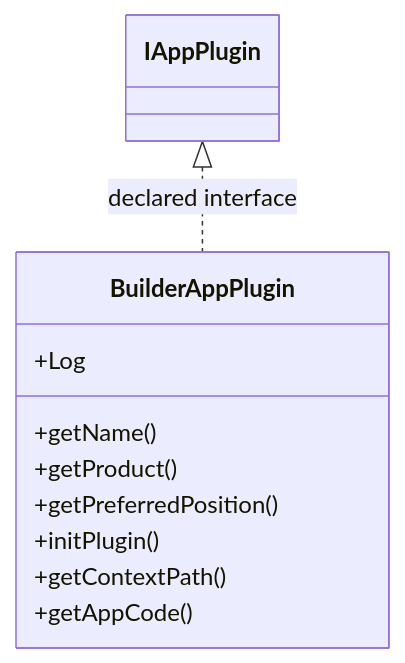
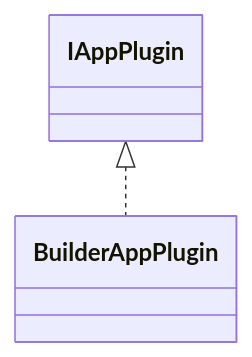
The diagram in docs/sqx/Builder/AppBuilder.md (haruperi/HaruQuantAI), drawn with Mermaid before and after one commit. The commit also changed other lines of this file and 1688 other files, not shown here.

````diff
--- a/docs/sqx/Builder/AppBuilder.md
+++ b/docs/sqx/Builder/AppBuilder.md
@@ -30,14 +26,6 @@
 ```mermaid
 classDiagram
-    class C415720fe68cb["BuilderAppPlugin"] {
-        +Log
-        +getName()
-        +getProduct()
-        +getPreferredPosition()
-        +initPlugin()
-        +getContextPath()
-        +getAppCode()
-    }
-    class C71ae2af47347["IAppPlugin"]
-    C71ae2af47347 <|.. C415720fe68cb : declared interface
+    class C0["BuilderAppPlugin"]
+    class E0["IAppPlugin"]
+    E0 <|.. C0
 ```
````
